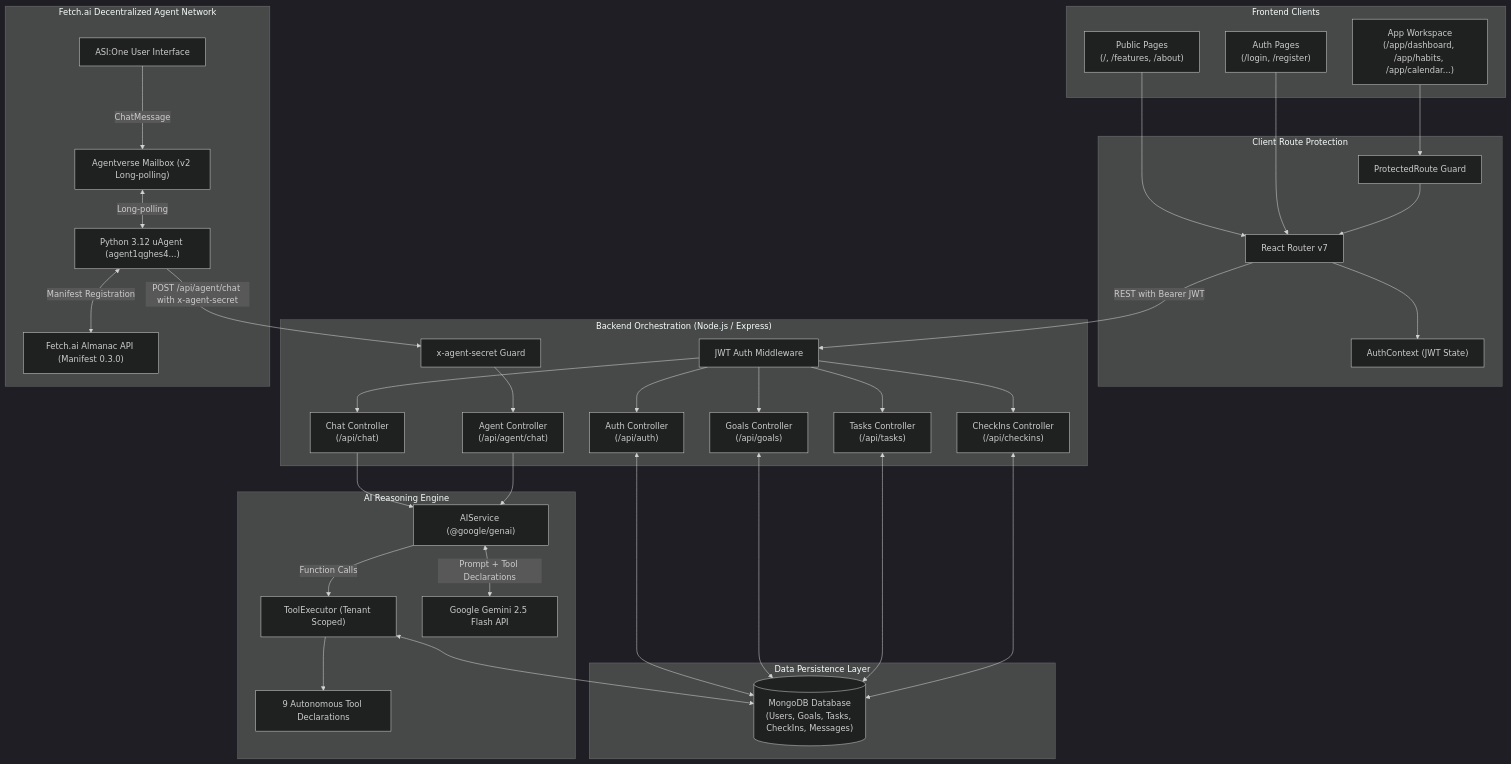
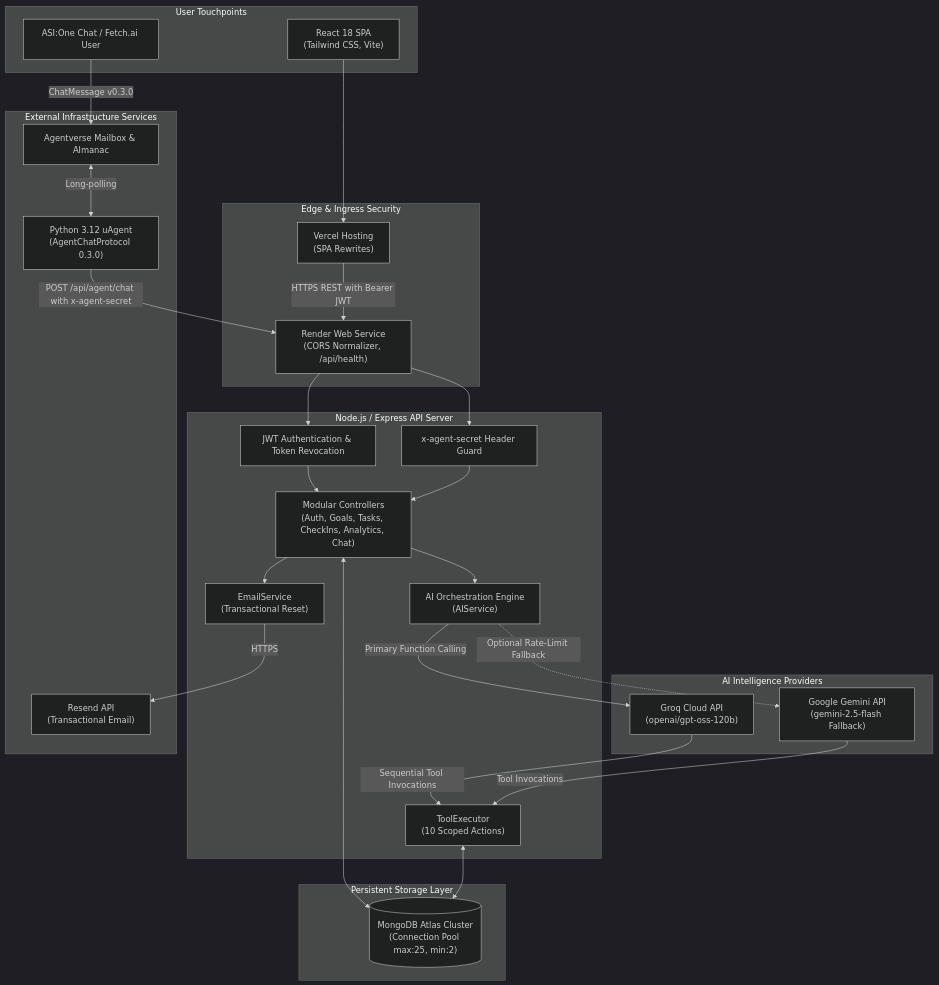
One commit to manish23092003/habithero-agent changed the diagram in README.md. Above: the diagram before and after it, drawn with Mermaid (dark theme). The commit also changed other lines of this file and 102 other files, not shown here.

````diff
--- a/README.md
+++ b/README.md
@@ -158,79 +70,63 @@
 ```mermaid
 flowchart TD
-    subgraph Clients["Frontend Clients"]
-        PublicPages["Public Pages<br/>(/, /features, /about)"]
-        AuthPages["Auth Pages<br/>(/login, /register)"]
-        AppWorkspace["App Workspace<br/>(/app/dashboard, /app/habits, /app/calendar...)"]
+    subgraph Clients["User Touchpoints"]
+        WebApp["React 18 SPA<br/>(Tailwind CSS, Vite)"]
+        ASI["ASI:One Chat / Fetch.ai User"]
     end
 
-    subgraph RouterGuards["Client Route Protection"]
-        Router["React Router v7"]
-        AuthCtx["AuthContext (JWT State)"]
-        ProtRoute["ProtectedRoute Guard"]
+    subgraph EdgeRouting["Edge & Ingress Security"]
+        VercelEdge["Vercel Hosting<br/>(SPA Rewrites)"]
+        RenderAPI["Render Web Service<br/>(CORS Normalizer, /api/health)"]
     end
 
-    subgraph BackendAPI["Backend Orchestration (Node.js / Express)"]
-        JWTMiddleware["JWT Auth Middleware"]
-        AgentSecretMiddleware["x-agent-secret Guard"]
+    subgraph BackendApp["Node.js / Express API Server"]
+        AuthMiddleware["JWT Authentication & Token Revocation"]
+        AgentAuthGuard["x-agent-secret Header Guard"]
         
-        AuthCtrl["Auth Controller<br/>(/api/auth)"]
-        GoalsCtrl["Goals Controller<br/>(/api/goals)"]
-        TasksCtrl["Tasks Controller<br/>(/api/tasks)"]
-        CheckInsCtrl["CheckIns Controller<br/>(/api/checkins)"]
-        ChatCtrl["Chat Controller<br/>(/api/chat)"]
-        AgentCtrl["Agent Controller<br/>(/api/agent/chat)"]
+        Controllers["Modular Controllers<br/>(Auth, Goals, Tasks, CheckIns, Analytics, Chat)"]
+        
+        AIService["AI Orchestration Engine<br/>(AIService)"]
+        ToolExecutor["ToolExecutor<br/>(10 Scoped Actions)"]
+        EmailService["EmailService<br/>(Transactional Reset)"]
     end
 
-    subgraph AIServiceLayer["AI Reasoning Engine"]
-        GeminiService["AIService (@google/genai)"]
-        ToolRegistry["9 Autonomous Tool Declarations"]
-        ToolExecutor["ToolExecutor (Tenant Scoped)"]
-        GeminiFlash["Google Gemini 2.5 Flash API"]
+    subgraph Persistence["Persistent Storage Layer"]
+        Atlas[("MongoDB Atlas Cluster<br/>(Connection Pool max:25, min:2)")]
     end
 
-    subgraph FetchAINetwork["Fetch.ai Decentralized Agent Network"]
-        ASI["ASI:One User Interface"]
-        Mailbox["Agentverse Mailbox (v2 Long-polling)"]
-        uAgent["Python 3.12 uAgent (agent1qghes4...)"]
-        Almanac["Fetch.ai Almanac API (Manifest 0.3.0)"]
+    subgraph ExternalAI["AI Intelligence Providers"]
+        Groq["Groq Cloud API<br/>(openai/gpt-oss-120b)"]
+        Gemini["Google Gemini API<br/>(gemini-2.5-flash Fallback)"]
     end
 
-    subgraph DataTier["Data Persistence Layer"]
-        MongoDB[("MongoDB Database<br/>(Users, Goals, Tasks, CheckIns, Messages)")]
+    subgraph ExternalServices["External Infrastructure Services"]
+        Resend["Resend API<br/>(Transactional Email)"]
+        Agentverse["Agentverse Mailbox & Almanac"]
+        PythonAgent["Python 3.12 uAgent<br/>(AgentChatProtocol 0.3.0)"]
     end
 
-    %% Client Routing Connections
-    PublicPages --> Router
-    AuthPages --> Router
-    AppWorkspace --> ProtRoute --> Router
-    Router --> AuthCtx
+    %% Web App Flow
+    WebApp --> VercelEdge
+    VercelEdge -->|HTTPS REST with Bearer JWT| RenderAPI
+    RenderAPI --> AuthMiddleware
+    AuthMiddleware --> Controllers
 
-    %% API REST Connections
-    Router -->|REST with Bearer JWT| JWTMiddleware
-    JWTMiddleware --> AuthCtrl
-    JWTMiddleware --> GoalsCtrl
-    JWTMiddleware --> TasksCtrl
-    JWTMiddleware --> CheckInsCtrl
-    JWTMiddleware --> ChatCtrl
+    %% ASI:One Flow
+    ASI -->|ChatMessage v0.3.0| Agentverse
+    Agentverse <-->|Long-polling| PythonAgent
+    PythonAgent -->|POST /api/agent/chat with x-agent-secret| RenderAPI
+    RenderAPI --> AgentAuthGuard
+    AgentAuthGuard --> Controllers
 
-    %% Fetch.ai Agent Connections
-    ASI -->|ChatMessage| Mailbox
-    Mailbox <-->|Long-polling| uAgent
-    uAgent <-->|Manifest Registration| Almanac
-    uAgent -->|POST /api/agent/chat with x-agent-secret| AgentSecretMiddleware
-    AgentSecretMiddleware --> AgentCtrl
+    %% Backend Internals
+    Controllers <--> Atlas
+    Controllers --> AIService
+    Controllers --> EmailService
+    EmailService -->|HTTPS| Resend
 
-    %% AI Tool Execution
-    ChatCtrl --> GeminiService
-    AgentCtrl --> GeminiService
-    GeminiService <-->|Prompt + Tool Declarations| GeminiFlash
-    GeminiService -->|Function Calls| ToolExecutor
-    ToolExecutor --> ToolRegistry
-
-    %% Data Tier Connections
-    AuthCtrl <--> MongoDB
-    GoalsCtrl <--> MongoDB
-    TasksCtrl <--> MongoDB
-    CheckInsCtrl <--> MongoDB
-    ToolExecutor <--> MongoDB
+    AIService -->|Primary Function Calling| Groq
+    AIService -.->|Optional Rate-Limit Fallback| Gemini
+    Groq -->|Sequential Tool Invocations| ToolExecutor
+    Gemini -->|Tool Invocations| ToolExecutor
+    ToolExecutor <--> Atlas
 ```
````
